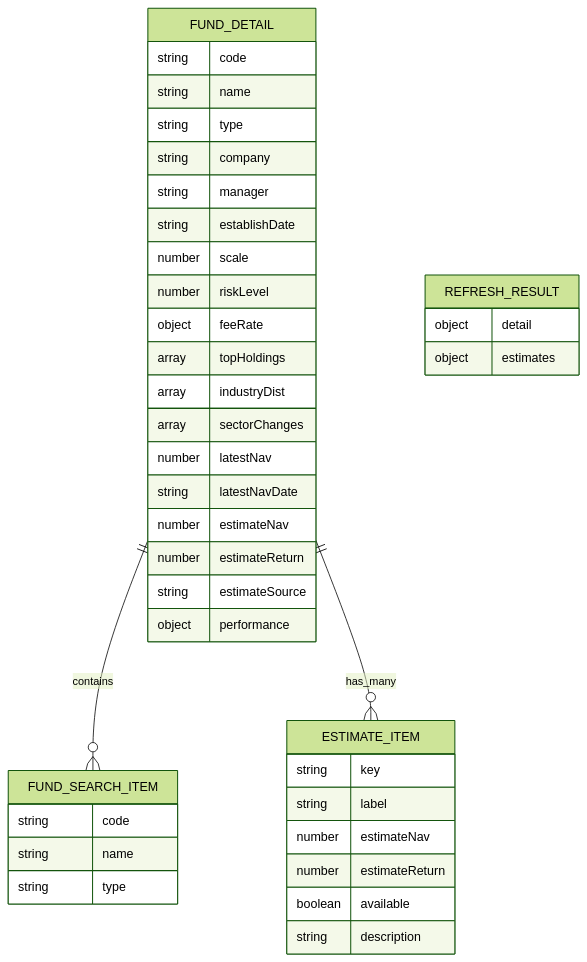
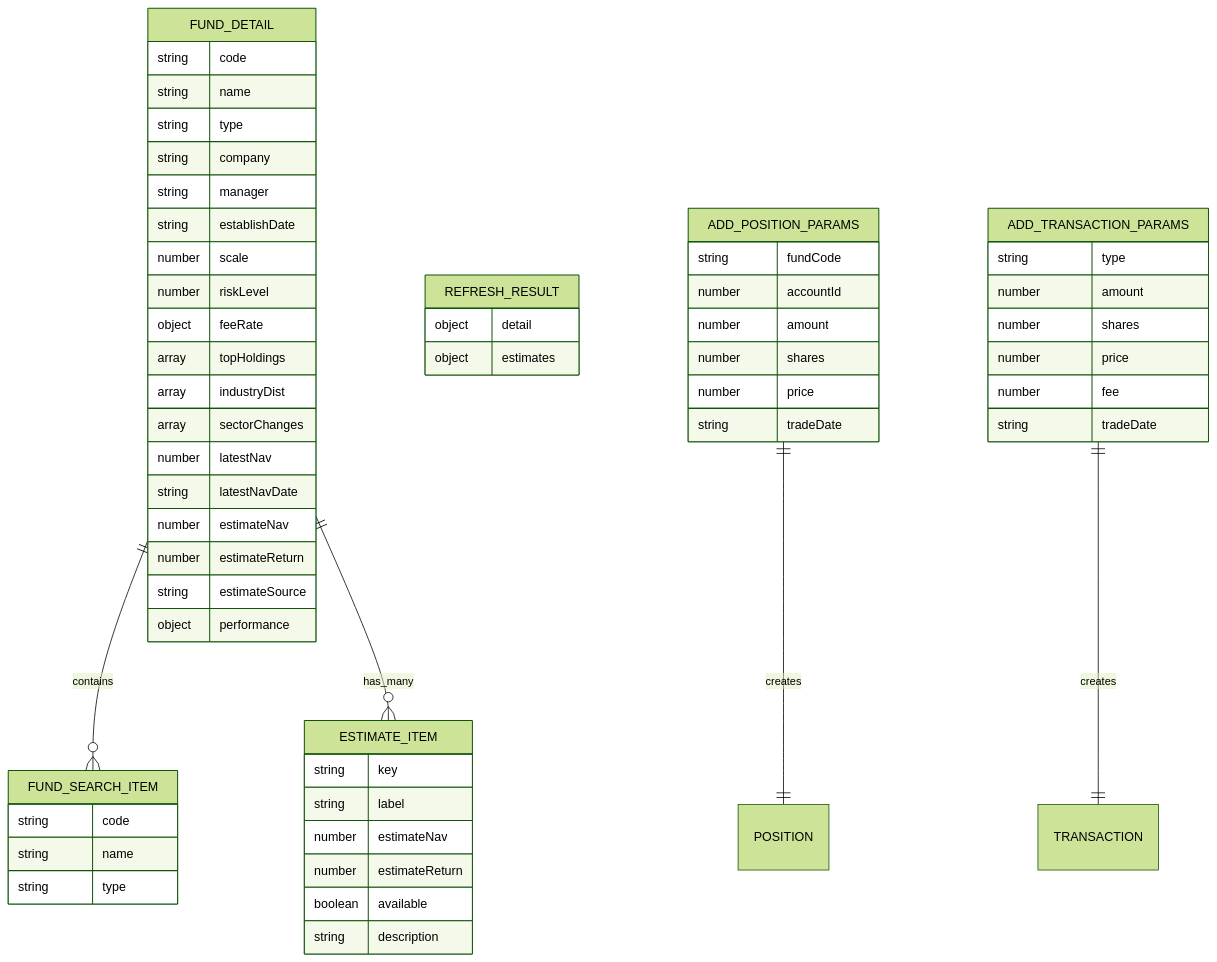
Diagram 13 of 17 in .qoder/repowiki/zh/content/核心功能开发/前端投资组合管理增强.md (gree-coder/fund-butler), drawn with Mermaid (forest theme) before and after one commit. The commit also changed other lines of this file and 12 other files, not shown here.

````diff
--- a/.qoder/repowiki/zh/content/核心功能开发/前端投资组合管理增强.md
+++ b/.qoder/repowiki/zh/content/核心功能开发/前端投资组合管理增强.md
@@ -388,42 +575,60 @@
 ```mermaid
 erDiagram
 FUND_DETAIL {
 string code
 string name
 string type
 string company
 string manager
 string establishDate
 number scale
 number riskLevel
 object feeRate
 array topHoldings
 array industryDist
 array sectorChanges
 number latestNav
 string latestNavDate
 number estimateNav
 number estimateReturn
 string estimateSource
 object performance
 }
 FUND_SEARCH_ITEM {
 string code
 string name
 string type
 }
 ESTIMATE_ITEM {
 string key
 string label
 number estimateNav
 number estimateReturn
 boolean available
 string description
 }
 REFRESH_RESULT {
 object detail
 object estimates
 }
+ADD_POSITION_PARAMS {
+string fundCode
+number accountId
+number amount
+number shares
+number price
+string tradeDate
+}
+ADD_TRANSACTION_PARAMS {
+string type
+number amount
+number shares
+number price
+number fee
+string tradeDate
+}
 FUND_DETAIL ||--o{ FUND_SEARCH_ITEM : contains
 FUND_DETAIL ||--o{ ESTIMATE_ITEM : has_many
+ADD_POSITION_PARAMS ||--|| POSITION : creates
+ADD_TRANSACTION_PARAMS ||--|| TRANSACTION : creates
 ```
````
